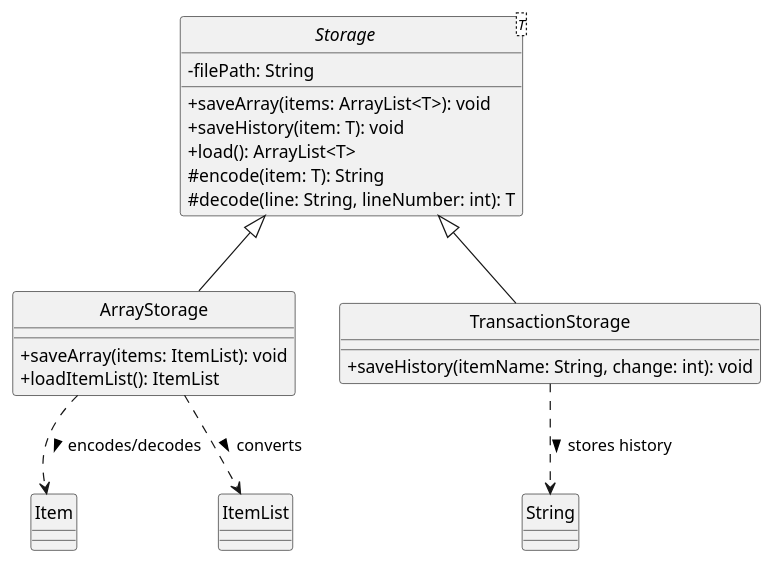
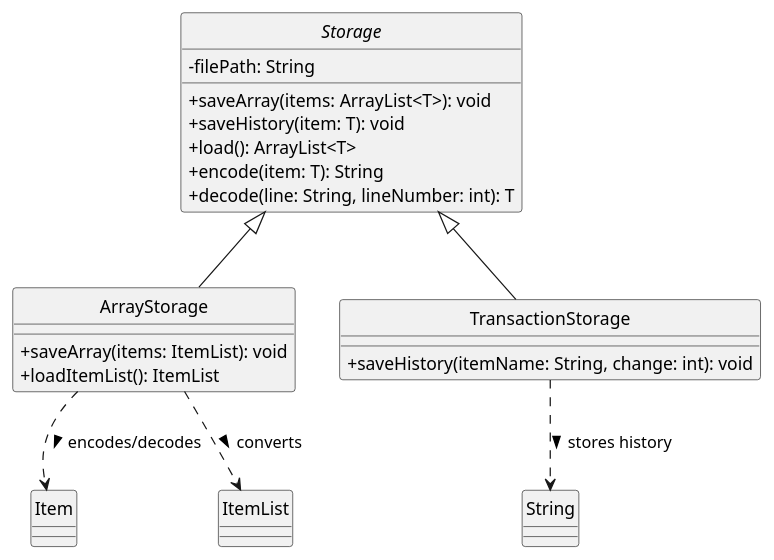
The diagram in docs/diagrams/StorageClassDiagram.puml (kenpegrasio/tp), drawn with PlantUML before and after one commit. The commit also changed 3 other files, not shown here.

Commit message:
Updated diagrams

```diff
--- a/docs/diagrams/StorageClassDiagram.puml
+++ b/docs/diagrams/StorageClassDiagram.puml
@@ -1,37 +1,37 @@
 @startuml
 'https://plantuml.com/class-diagram
 
 skinparam monochrome true
 skinparam classAttributeIconSize 0
 hide circle
 
-abstract class Storage<T> {
+abstract class Storage {
     - filePath: String
     + saveArray(items: ArrayList<T>): void
     + saveHistory(item: T): void
     + load(): ArrayList<T>
-    # encode(item: T): String
-    # decode(line: String, lineNumber: int): T
+    + encode(item: T): String
+    + decode(line: String, lineNumber: int): T
 }
 
 class ArrayStorage {
     + saveArray(items: ItemList): void
     + loadItemList(): ItemList
 }
 
 class TransactionStorage {
     + saveHistory(itemName: String, change: int): void
 }
 
 class Item
 class ItemList
 
 Storage <|-- ArrayStorage
 Storage <|-- TransactionStorage
 
 ArrayStorage ..> Item : encodes/decodes >
 ArrayStorage ..> ItemList : converts >
 
 TransactionStorage ..> String : stores history >
 
 @enduml
```
